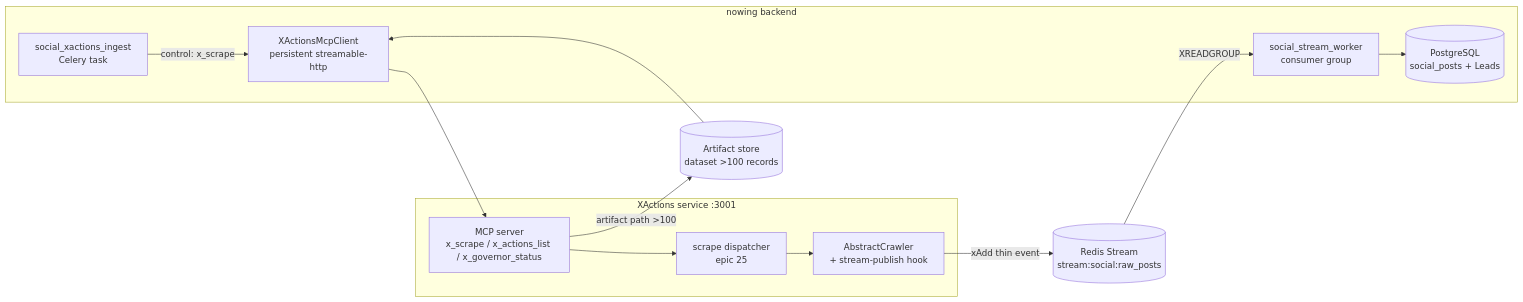
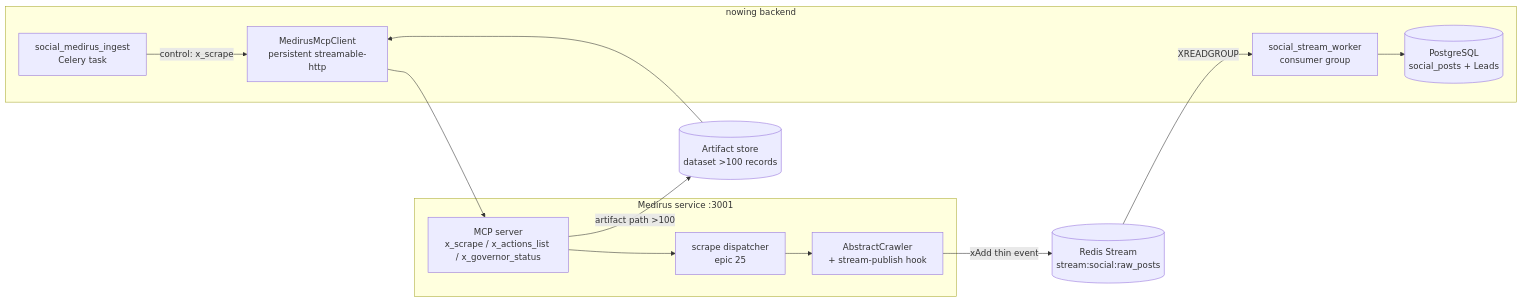
The first of 2 diagrams in _bmad-output/planning-artifacts/architecture/architecture-Nowing-2026-09-13/ARCHITECTURE-SPINE.md (deptrai/nowing), drawn with Mermaid before and after one commit. The commit also changed other lines of this file and 274 other files, not shown here.

First line of the commit message:
refactor: rename XActions → Medirus across codebase (xactions→medirus, XACTIONS→MEDIRUS, MEDIRUS_* env, port 3333, enum MEDIRUS_MCP_CONNECTOR)

````diff
--- a/_bmad-output/planning-artifacts/architecture/architecture-Nowing-2026-09-13/ARCHITECTURE-SPINE.md
+++ b/_bmad-output/planning-artifacts/architecture/architecture-Nowing-2026-09-13/ARCHITECTURE-SPINE.md
@@ -162,20 +162,20 @@
 ```mermaid
 flowchart LR
   subgraph NOWING[nowing backend]
-    T[social_xactions_ingest<br/>Celery task]
-    C[XActionsMcpClient<br/>persistent streamable-http]
+    T[social_medirus_ingest<br/>Celery task]
+    C[MedirusMcpClient<br/>persistent streamable-http]
     CONS[social_stream_worker<br/>consumer group]
     DB[(PostgreSQL<br/>social_posts + Leads)]
   end
-  subgraph XACT[XActions service :3001]
+  subgraph XACT[Medirus service :3001]
     MCP[MCP server<br/>x_scrape / x_actions_list / x_governor_status]
     DISP[scrape dispatcher<br/>epic 25]
     CRW[AbstractCrawler<br/>+ stream-publish hook]
   end
   RS[(Redis Stream<br/>stream:social:raw_posts)]
   ART[(Artifact store<br/>dataset >100 records)]
 
   T -->|control: x_scrape| C --> MCP --> DISP --> CRW
   CRW -->|xAdd thin event| RS -->|XREADGROUP| CONS --> DB
   MCP -->|artifact path >100| ART --> C
 ```
````
